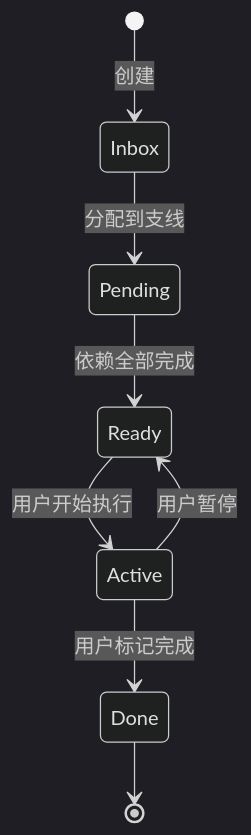
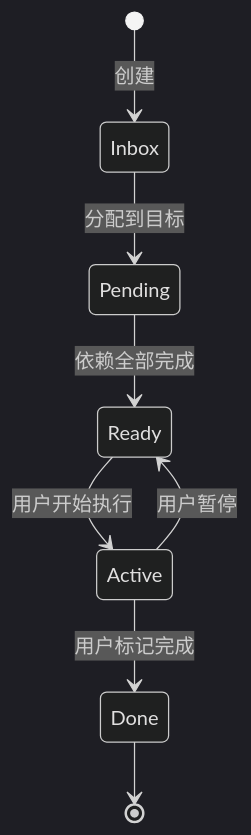
The fourth of 5 diagrams in .cursor/plans/human_composer_产品设计_7db1e838.plan.md (ArtrixTech/human-composer), drawn with Mermaid (dark theme) before and after one commit. The commit also changed other lines of this file and 1 other file, not shown here.

````diff
--- a/.cursor/plans/human_composer_产品设计_7db1e838.plan.md
+++ b/.cursor/plans/human_composer_产品设计_7db1e838.plan.md
@@ -233,10 +233,10 @@
 ```mermaid
 stateDiagram-v2
     [*] --> Inbox: 创建
-    Inbox --> Pending: 分配到支线
+    Inbox --> Pending: 分配到目标
     Pending --> Ready: 依赖全部完成
     Ready --> Active: 用户开始执行
     Active --> Done: 用户标记完成
     Active --> Ready: 用户暂停
     Done --> [*]
 ```
````
